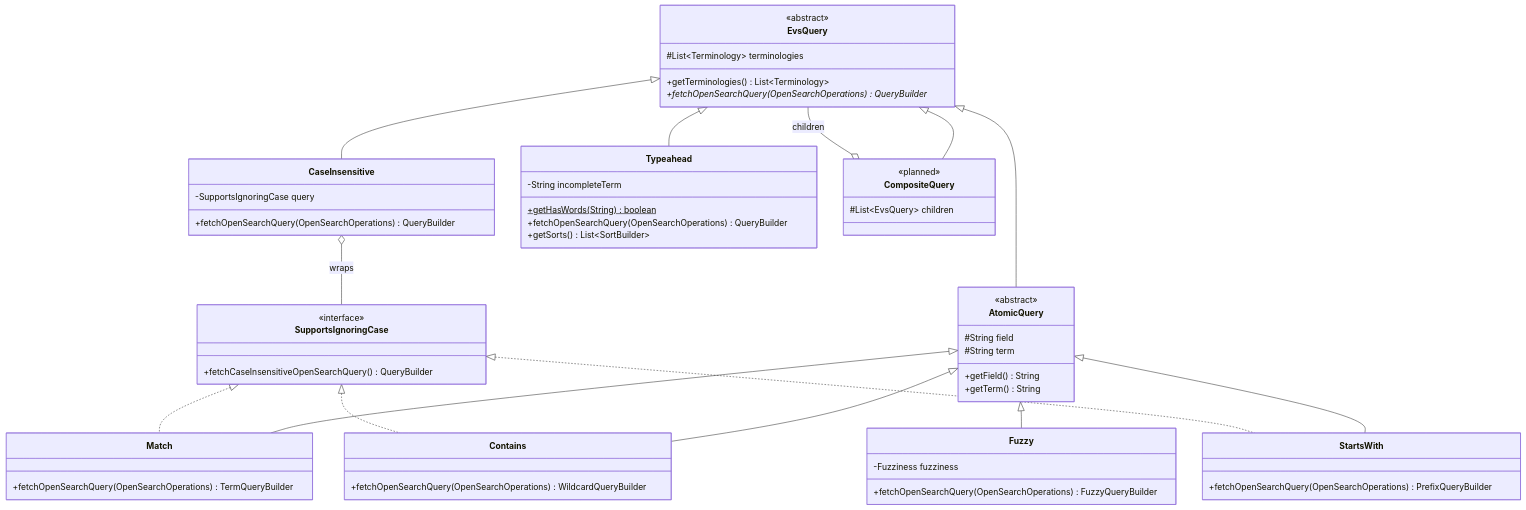
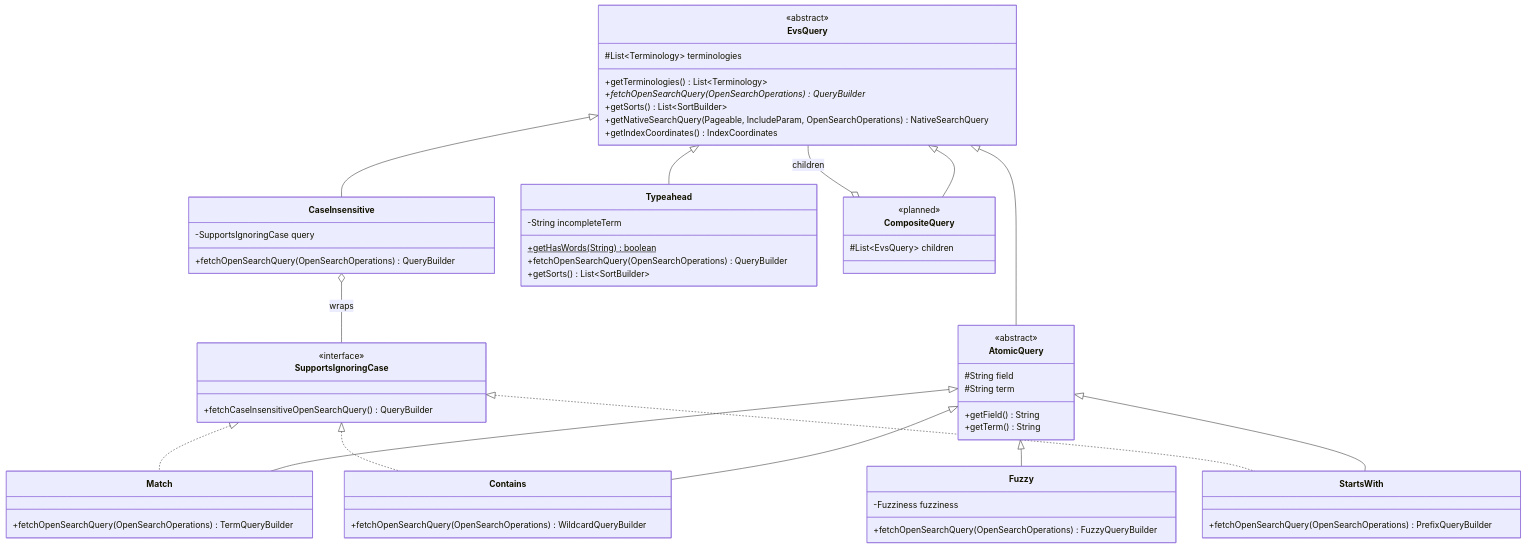
Before and after one commit to WestCoastInformatics/evsrestapi: the diagram in src/main/java/gov/nih/nci/evs/api/query/README.md, drawn with Mermaid. The commit also changed other lines of this file and 3 other files, not shown here.

First line of the commit message:
Experiment: let query nodes contribute composable sorts

````diff
--- a/src/main/java/gov/nih/nci/evs/api/query/README.md
+++ b/src/main/java/gov/nih/nci/evs/api/query/README.md
@@ -20,69 +20,72 @@
 ```mermaid
 classDiagram
     direction TB
 
     class EvsQuery {
         <<abstract>>
         #List~Terminology~ terminologies
         +getTerminologies() List~Terminology~
         +fetchOpenSearchQuery(OpenSearchOperations)* QueryBuilder
+        +getSorts() List~SortBuilder~
+        +getNativeSearchQuery(Pageable, IncludeParam, OpenSearchOperations) NativeSearchQuery
+        +getIndexCoordinates() IndexCoordinates
     }
 
     class AtomicQuery {
         <<abstract>>
         #String field
         #String term
         +getField() String
         +getTerm() String
     }
 
     class SupportsIgnoringCase {
         <<interface>>
         +fetchCaseInsensitiveOpenSearchQuery() QueryBuilder
     }
 
     class CaseInsensitive {
         -SupportsIgnoringCase query
         +fetchOpenSearchQuery(OpenSearchOperations) QueryBuilder
     }
 
     class Match {
         +fetchOpenSearchQuery(OpenSearchOperations) TermQueryBuilder
     }
     class Contains {
         +fetchOpenSearchQuery(OpenSearchOperations) WildcardQueryBuilder
     }
     class StartsWith {
         +fetchOpenSearchQuery(OpenSearchOperations) PrefixQueryBuilder
     }
     class Fuzzy {
         -Fuzziness fuzziness
         +fetchOpenSearchQuery(OpenSearchOperations) FuzzyQueryBuilder
     }
 
     class Typeahead {
         -String incompleteTerm
         +getHasWords(String)$ boolean
         +fetchOpenSearchQuery(OpenSearchOperations) QueryBuilder
         +getSorts() List~SortBuilder~
     }
 
     class CompositeQuery {
         <<planned>>
         #List~EvsQuery~ children
     }
 
     EvsQuery <|-- AtomicQuery
     EvsQuery <|-- CompositeQuery
     EvsQuery <|-- CaseInsensitive
     EvsQuery <|-- Typeahead
     AtomicQuery <|-- Match
     AtomicQuery <|-- Contains
     AtomicQuery <|-- StartsWith
     AtomicQuery <|-- Fuzzy
     SupportsIgnoringCase <|.. Match
     SupportsIgnoringCase <|.. Contains
     SupportsIgnoringCase <|.. StartsWith
     CompositeQuery o-- EvsQuery : children
     CaseInsensitive o-- SupportsIgnoringCase : wraps
 ```
````
